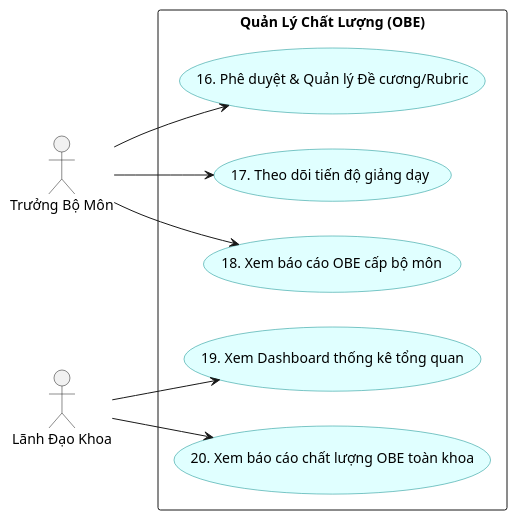
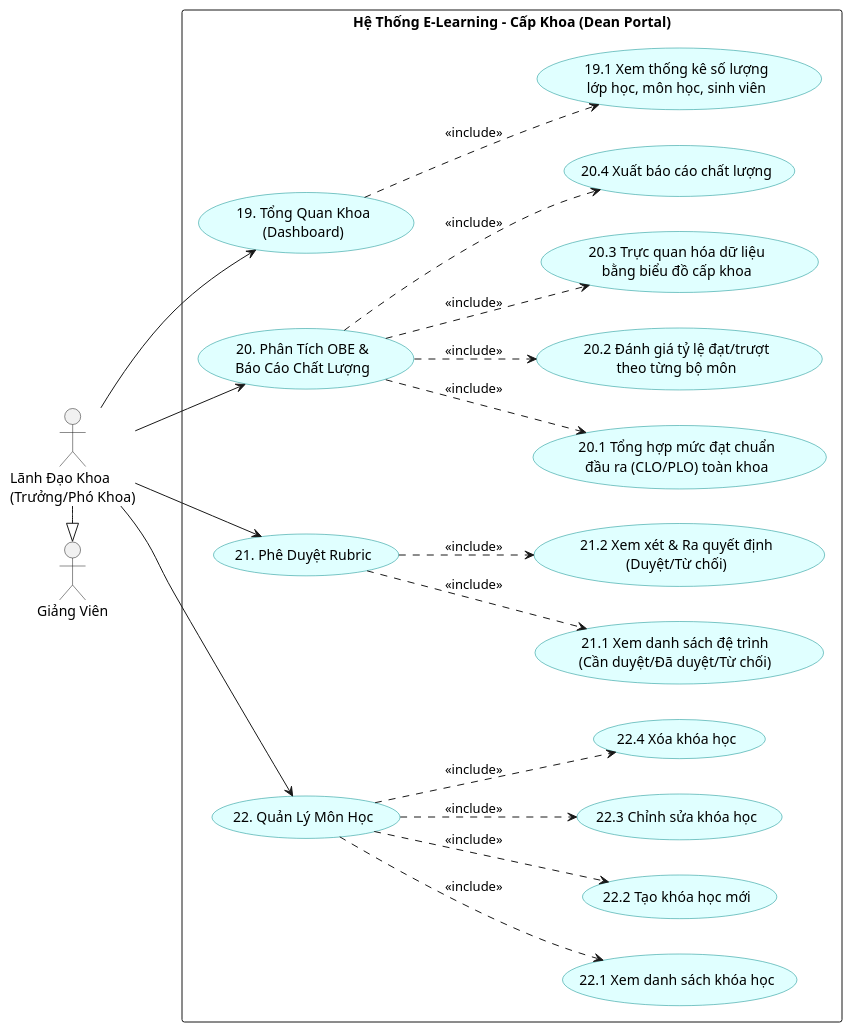
Before and after one commit to thanhthanh123vn/Rubric_Thanh_Duc_2025_2026: the diagram in eureka-server/eureka-server/src/main/java/hcmuaf/edu/vn/fit/rubric/plantUML/Head_DepAndDEAMUserCase.puml, drawn with PlantUML. The commit also changed 22 other files, not shown here.

```diff
--- a/eureka-server/eureka-server/src/main/java/hcmuaf/edu/vn/fit/rubric/plantUML/Head_DepAndDEAMUserCase.puml
+++ b/eureka-server/eureka-server/src/main/java/hcmuaf/edu/vn/fit/rubric/plantUML/Head_DepAndDEAMUserCase.puml
@@ -1,27 +1,75 @@
 @startuml
 left to right direction
+
 skinparam packageStyle rectangle
 skinparam usecase {
-  BackgroundColor LightCyan
-  BorderColor DarkCyan
+    BackgroundColor LightCyan
+    BorderColor DarkCyan
 }
 
-actor "Trưởng Bộ Môn" as HeadOfDept
-actor "Lãnh Đạo Khoa" as Dean
+' Khai báo Actor
+actor "Lãnh Đạo Khoa\n(Trưởng/Phó Khoa)" as DeanFaculty
+actor "Giảng Viên" as Teacher
+DeanFaculty -|> Teacher
+package "Hệ Thống E-Learning - Cấp Khoa (Dean Portal)" {
 
-package "Quản Lý Chất Lượng (OBE)" {
-  usecase "16. Phê duyệt & Quản lý Đề cương/Rubric" as UC_Approve
-  usecase "17. Theo dõi tiến độ giảng dạy" as UC_Track
-  usecase "18. Xem báo cáo OBE cấp bộ môn" as UC_ReportDept
+    ' 19. Dashboard Cấp Khoa
+    usecase "19. Tổng Quan Khoa\n(Dashboard)" as UC_Dashboard
+    usecase "19.1 Xem thống kê số lượng\nlớp học, môn học, sinh viên" as UC_Stats
 
-  usecase "19. Xem Dashboard thống kê tổng quan" as UC_Dash
-  usecase "20. Xem báo cáo chất lượng OBE toàn khoa" as UC_ReportFac
+    ' 20. Báo Cáo OBE & Chất lượng
+    usecase "20. Phân Tích OBE &\nBáo Cáo Chất Lượng" as UC_ObeReport
+    usecase "20.1 Tổng hợp mức đạt chuẩn\nđầu ra (CLO/PLO) toàn khoa" as UC_TotalCloPlo
+    usecase "20.2 Đánh giá tỷ lệ đạt/trượt\ntheo từng bộ môn" as UC_DeptEvaluate
+    usecase "20.3 Trực quan hóa dữ liệu\nbằng biểu đồ cấp khoa" as UC_Visualize
+    usecase "20.4 Xuất báo cáo chất lượng" as UC_ExportQA
+
+    ' 21. Phê Duyệt Rubric
+    usecase "21. Phê Duyệt Rubric" as UC_Rubric
+    usecase "21.1 Xem danh sách đệ trình\n(Cần duyệt/Đã duyệt/Từ chối)" as UC_RubricList
+    usecase "21.2 Xem xét & Ra quyết định\n(Duyệt/Từ chối)" as UC_RubricAction
+
+    ' 22. Quản Lý Môn Học
+    usecase "22. Quản Lý Môn Học" as UC_ManageCourse
+    usecase "22.1 Xem danh sách khóa học" as UC_ViewCourse
+    usecase "22.2 Tạo khóa học mới" as UC_AddCourse
+    usecase "22.3 Chỉnh sửa khóa học" as UC_EditCourse
+    usecase "22.4 Xóa khóa học" as UC_DeleteCourse
 }
 
-HeadOfDept --> UC_Approve
-HeadOfDept --> UC_Track
-HeadOfDept --> UC_ReportDept
+'========================
+' Liên kết Actor với các Use Case chính (Cấp 1)
+'========================
+DeanFaculty --> UC_Dashboard
+DeanFaculty --> UC_Rubric
+DeanFaculty --> UC_ObeReport
+DeanFaculty --> UC_ManageCourse
 
-Dean --> UC_Dash
-Dean --> UC_ReportFac
+'========================
+' 19. Xem Thống Kê Tổng Quan
+'========================
+UC_Dashboard ..> UC_Stats : <<include>>
+
+'========================
+' 20. Phân Tích OBE & Báo Cáo Chất Lượng
+'========================
+UC_ObeReport ..> UC_TotalCloPlo : <<include>>
+UC_ObeReport ..> UC_DeptEvaluate : <<include>>
+UC_ObeReport ..> UC_Visualize : <<include>>
+UC_ObeReport ..> UC_ExportQA : <<include>>
+
+'========================
+' 21. Phê Duyệt Rubric
+'========================
+UC_Rubric ..> UC_RubricList : <<include>>
+UC_Rubric ..> UC_RubricAction : <<include>>
+
+'========================
+' 22. Quản Lý Môn Học
+'========================
+UC_ManageCourse ..> UC_ViewCourse : <<include>>
+UC_ManageCourse ..> UC_AddCourse : <<include>>
+UC_ManageCourse ..> UC_EditCourse : <<include>>
+UC_ManageCourse ..> UC_DeleteCourse : <<include>>
+
 @enduml
```
